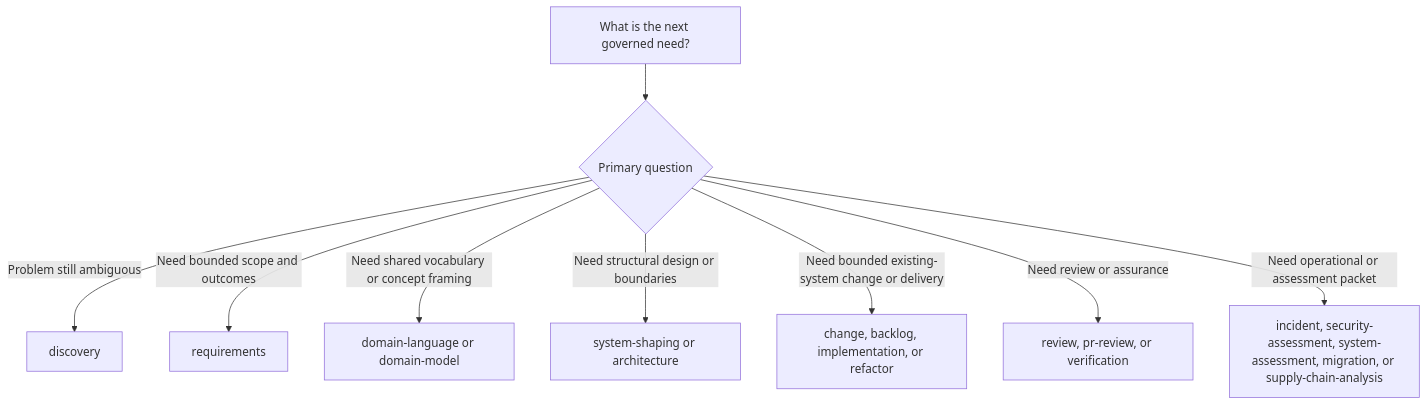
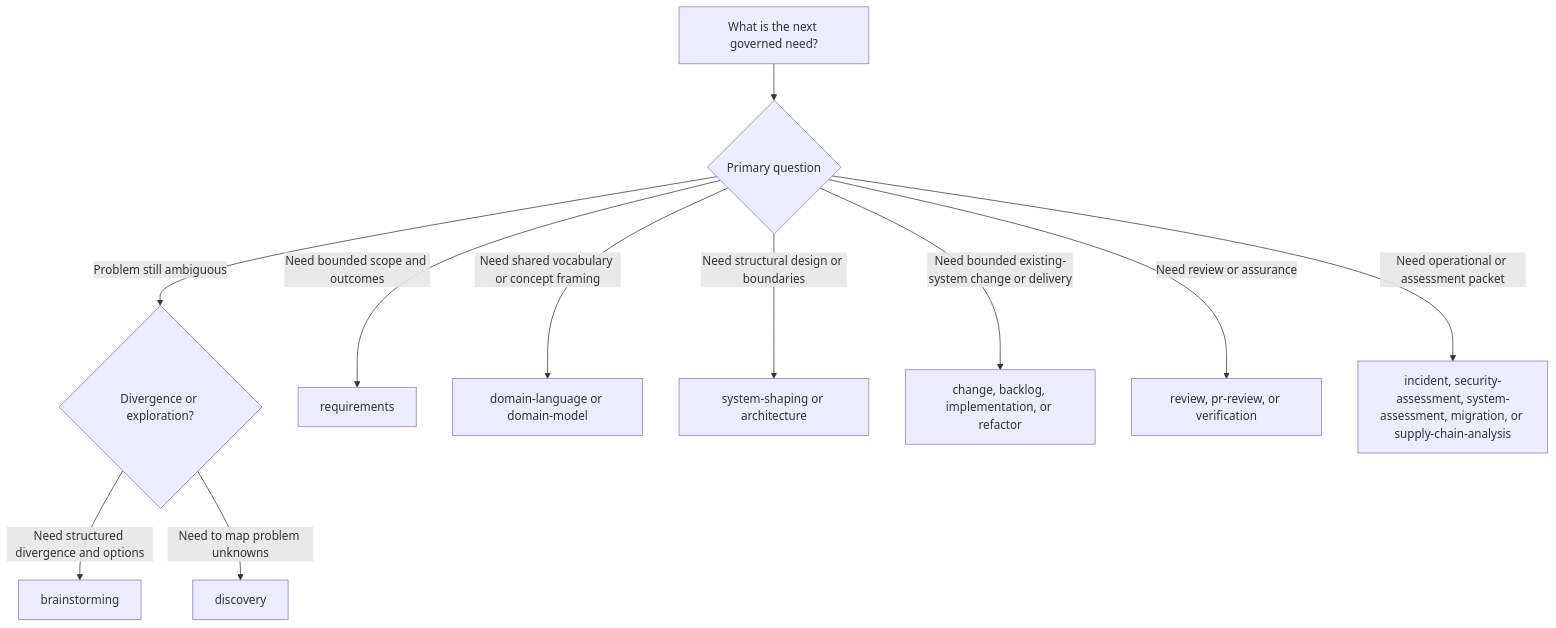
Before and after one commit to apply-the/canon: the first of 6 diagrams in tech-docs/guides/modes.md, drawn with Mermaid. The commit also changed other lines of this file and 45 other files, not shown here.

````diff
--- a/tech-docs/guides/modes.md
+++ b/tech-docs/guides/modes.md
@@ -364,11 +367,13 @@
 ```mermaid
 flowchart TD
   A[What is the next governed need?] --> B{Primary question}
-  B -->|Problem still ambiguous| D[discovery]
+  B -->|Problem still ambiguous| B2{Divergence or exploration?}
+  B2 -->|Need structured divergence and options| BRS[brainstorming]
+  B2 -->|Need to map problem unknowns| D[discovery]
   B -->|Need bounded scope and outcomes| R[requirements]
   B -->|Need shared vocabulary or concept framing| DF[domain-language or domain-model]
   B -->|Need structural design or boundaries| SD[system-shaping or architecture]
   B -->|Need bounded existing-system change or delivery| CD[change, backlog, implementation, or refactor]
   B -->|Need review or assurance| RA[review, pr-review, or verification]
   B -->|Need operational or assessment packet| OP[incident, security-assessment, system-assessment, migration, or supply-chain-analysis]
 ```
````
